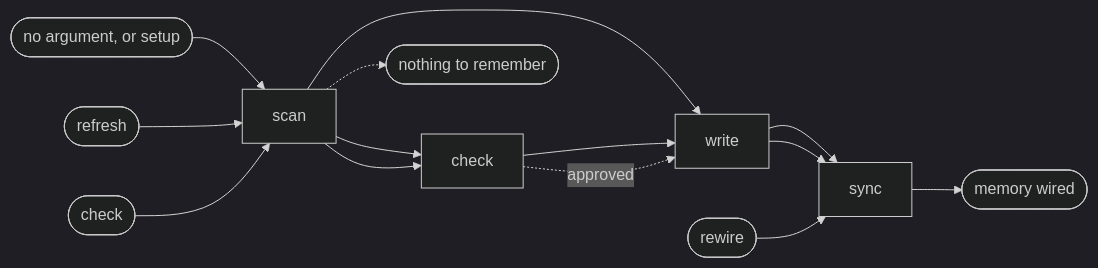
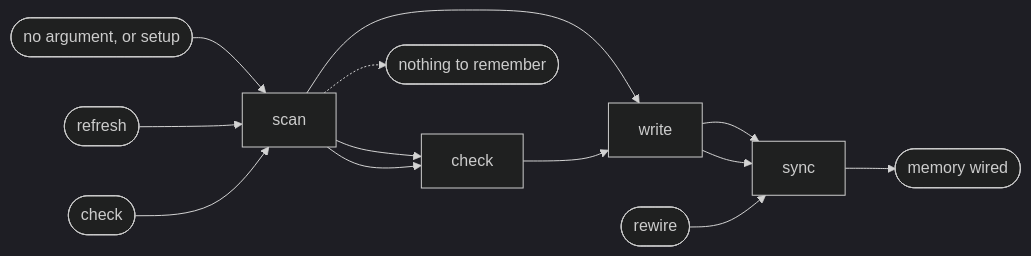
The diagram in plugins/aidd-context/skills/02-project-memory/SKILL.md (ai-driven-dev/framework), drawn with Mermaid (dark theme) before and after one commit. The commit also changed other lines of this file and 47 other files, not shown here.

````diff
--- a/plugins/aidd-context/skills/02-project-memory/SKILL.md
+++ b/plugins/aidd-context/skills/02-project-memory/SKILL.md
@@ -9,8 +11,8 @@
 ```mermaid
 flowchart LR
   new([no argument, or setup]) --> scan --> write --> sync --> wired([memory wired])
   update([refresh]) --> scan --> check --> write --> sync
-  inspect([check]) --> scan --> check -.->|approved| write
+  inspect([check]) --> scan --> check
   rewire([rewire]) --> sync
   scan -.-> empty([nothing to remember])
 ```
````
